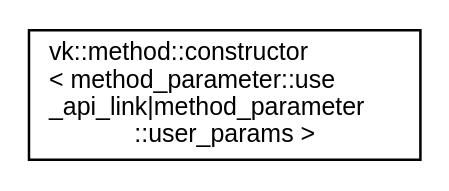
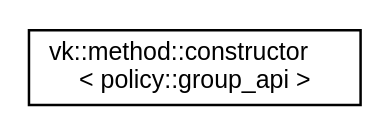
Before and after one commit to edgjj/cpp_vk_lib: the diagram in docs/inherit_graph_25.dot, drawn with Graphviz. The commit also changed 804 other files, not shown here.

```diff
--- a/docs/inherit_graph_25.dot
+++ b/docs/inherit_graph_25.dot
@@ -1,8 +1,8 @@
 digraph "Graphical Class Hierarchy"
 {
  // LATEX_PDF_SIZE
   edge [fontname="Helvetica",fontsize="10",labelfontname="Helvetica",labelfontsize="10"];
   node [fontname="Helvetica",fontsize="10",shape=record];
   rankdir="LR";
-  Node0 [label="vk::method::constructor\l\< method_parameter::use\l_api_link\|method_parameter\l::user_params \>",height=0.2,width=0.4,color="black", fillcolor="white", style="filled",URL="$classvk_1_1method_1_1constructor.html",tooltip=" "];
+  Node0 [label="vk::method::constructor\l\< policy::group_api \>",height=0.2,width=0.4,color="black", fillcolor="white", style="filled",URL="$classvk_1_1method_1_1constructor.html",tooltip=" "];
 }
```
